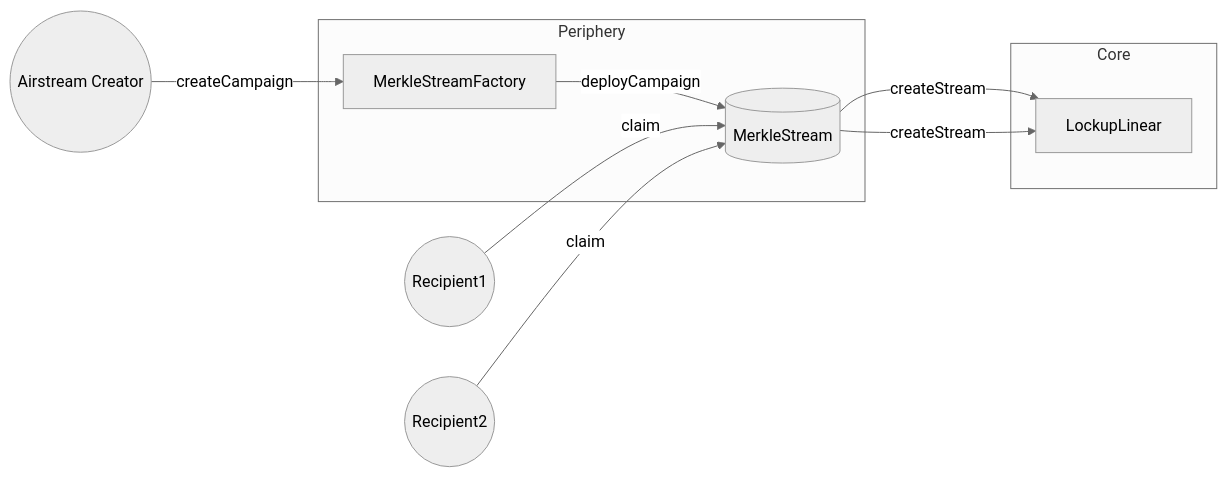
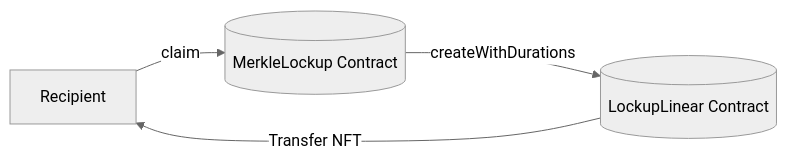
Before and after one commit to sablier-labs/docs: the sixth of 7 diagrams in docs/contracts/v2/reference/02-diagrams.md, drawn with Mermaid (neutral theme). The commit also changed other lines of this file and 154 other files, not shown here.

````diff
--- a/docs/contracts/v2/reference/02-diagrams.md
+++ b/docs/contracts/v2/reference/02-diagrams.md
@@ -85,19 +156,9 @@
 ```mermaid
 flowchart LR
-  S((Airstream Creator))
-  subgraph Periphery
-    MSF[MerkleStreamFactory]
-    MS[(MerkleStream)]
-  end
-  subgraph Core
-    LL[LockupLinear]
-  end
-  R1((Recipient1))
-  R2((Recipient2))
-  S -- "createCampaign" --> MSF
-  MSF -- "deployCampaign" --> MS
+  R1[Recipient]
+  MS[(MerkleLockup Contract)]
+  LL[(LockupLinear Contract)]
   R1 -- "claim" --> MS
-  R2 -- "claim" --> MS
-  MS -- "createStream" --> LL
-  MS -- "createStream" --> LL
+  MS -- "createWithDurations" --> LL
+  LL -- "Transfer NFT" --> R1
 ```
````
